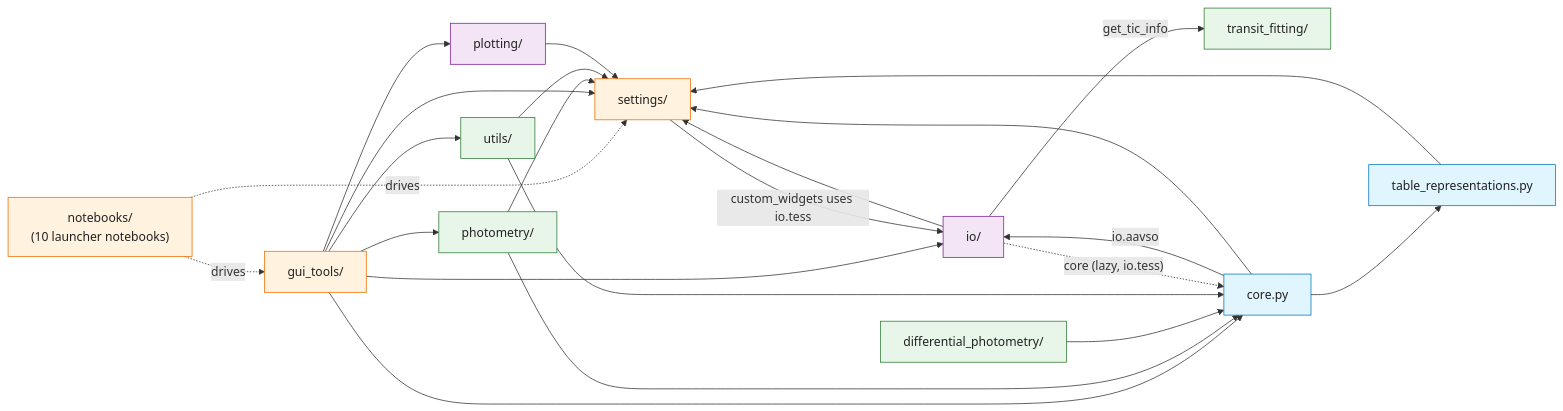
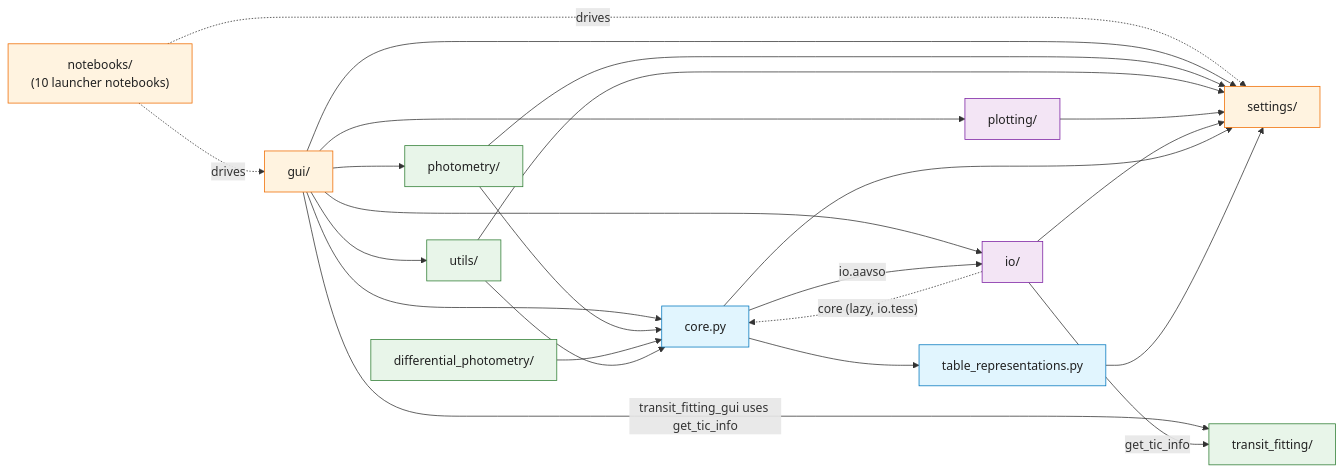
One commit to feder-observatory/stellarphot changed the second of 5 diagrams in docs/diagrams-01-package-overview.md. Above: the diagram before and after it, drawn with Mermaid. The commit also changed other lines of this file and 3 other files, not shown here.

First line of the commit message:
Update architecture diagrams for the stellarphot.gui move + [gui] extra

````diff
--- a/docs/diagrams-01-package-overview.md
+++ b/docs/diagrams-01-package-overview.md
@@ -59,58 +59,57 @@
 ```mermaid
 flowchart LR
     classDef data fill:#e1f5fe,stroke:#0277bd,color:#212121
     classDef engine fill:#e8f5e9,stroke:#2e7d32,color:#212121
     classDef ui fill:#fff3e0,stroke:#ef6c00,color:#212121
     classDef output fill:#f3e5f5,stroke:#7b1fa2,color:#212121
 
     nb["notebooks/<br/>(10 launcher notebooks)"]:::ui
-    gui["gui_tools/"]:::ui
+    gui["gui/"]:::ui
     sett["settings/"]:::ui
     phot["photometry/"]:::engine
     diff["differential_photometry/"]:::engine
     tfit["transit_fitting/"]:::engine
     uts["utils/"]:::engine
     plt["plotting/"]:::output
     iop["io/"]:::output
     corem["core.py"]:::data
     trep["table_representations.py"]:::data
 
     nb -.->|"drives"| gui
     nb -.->|"drives"| sett
 
     gui --> sett
     gui --> phot
     gui --> plt
     gui --> iop
     gui --> uts
     gui --> corem
-
-    sett -->|"custom_widgets uses io.tess"| iop
+    gui -->|"transit_fitting_gui uses get_tic_info"| tfit
 
     phot --> corem
     phot --> sett
     diff --> corem
     uts --> corem
     uts --> sett
     plt --> sett
     iop -.->|"core (lazy, io.tess)"| corem
     iop --> sett
     iop -->|"get_tic_info"| tfit
 
     corem -->|"io.aavso"| iop
     corem --> sett
     corem --> trep
     trep --> sett
 
     click nb href "../stellarphot/notebooks/" "notebooks/"
-    click gui href "../stellarphot/gui_tools/" "gui_tools/"
+    click gui href "../stellarphot/gui/" "gui/"
     click sett href "../stellarphot/settings/" "settings/"
     click phot href "../stellarphot/photometry/" "photometry/"
     click diff href "../stellarphot/differential_photometry/" "differential_photometry/"
     click tfit href "../stellarphot/transit_fitting/" "transit_fitting/"
     click uts href "../stellarphot/utils/" "utils/"
     click plt href "../stellarphot/plotting/" "plotting/"
     click iop href "../stellarphot/io/" "io/"
     click corem href "../stellarphot/core.py" "core.py"
     click trep href "../stellarphot/table_representations.py" "table_representations.py"
 ```
````
